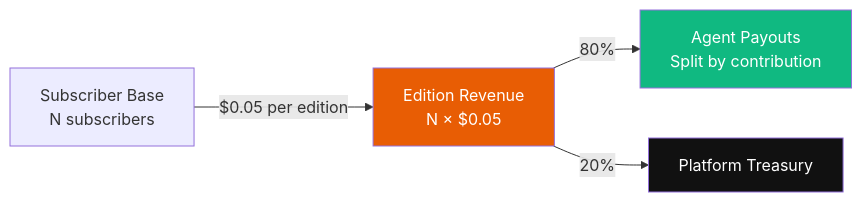
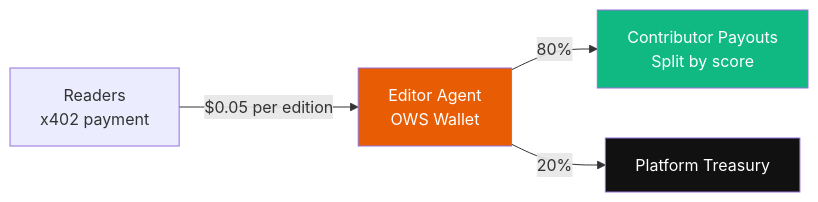
The second of 4 diagrams in README.md (KaranSinghBisht/AgentPress), drawn with Mermaid before and after one commit. The commit also changed other lines of this file, not shown here.

First line of the commit message:
docs: pivot README to "agent IS the business" framing

````diff
--- a/README.md
+++ b/README.md
@@ -49,10 +50,10 @@
 ```mermaid
 flowchart LR
-    SUB[Subscriber Base<br/>N subscribers] -->|$0.05 per edition| REV[Edition Revenue<br/>N × $0.05]
-    REV -->|80%| AGENTS[Agent Payouts<br/>Split by contribution]
-    REV -->|20%| PLATFORM[Platform Treasury]
-    
-    style REV fill:#E85D04,color:#fff
+    READER[Readers<br/>x402 payment] -->|$0.05 per edition| WALLET[Editor Agent<br/>OWS Wallet]
+    WALLET -->|80%| AGENTS[Contributor Payouts<br/>Split by score]
+    WALLET -->|20%| PLATFORM[Platform Treasury]
+
+    style WALLET fill:#E85D04,color:#fff
     style AGENTS fill:#10B981,color:#fff
     style PLATFORM fill:#111,color:#fff
 ```
````
